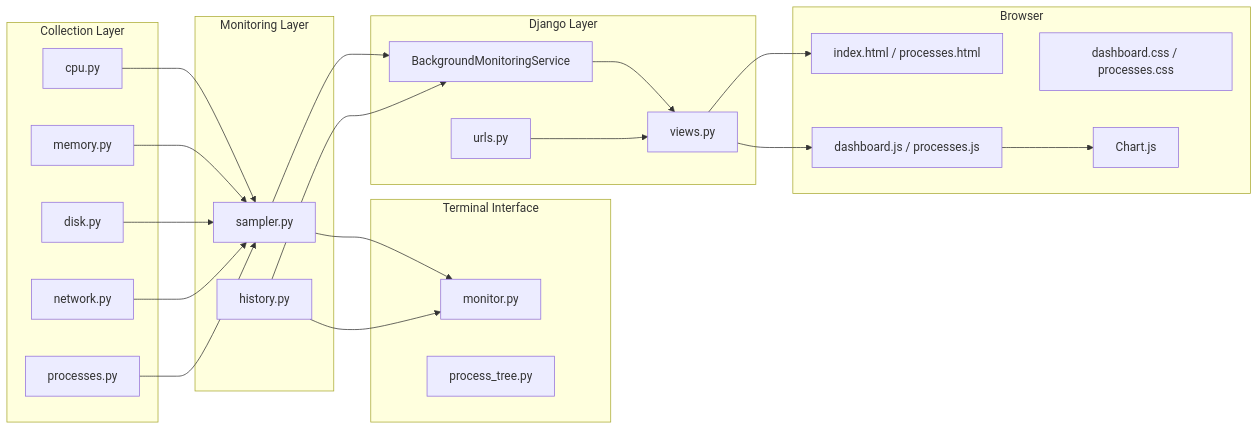
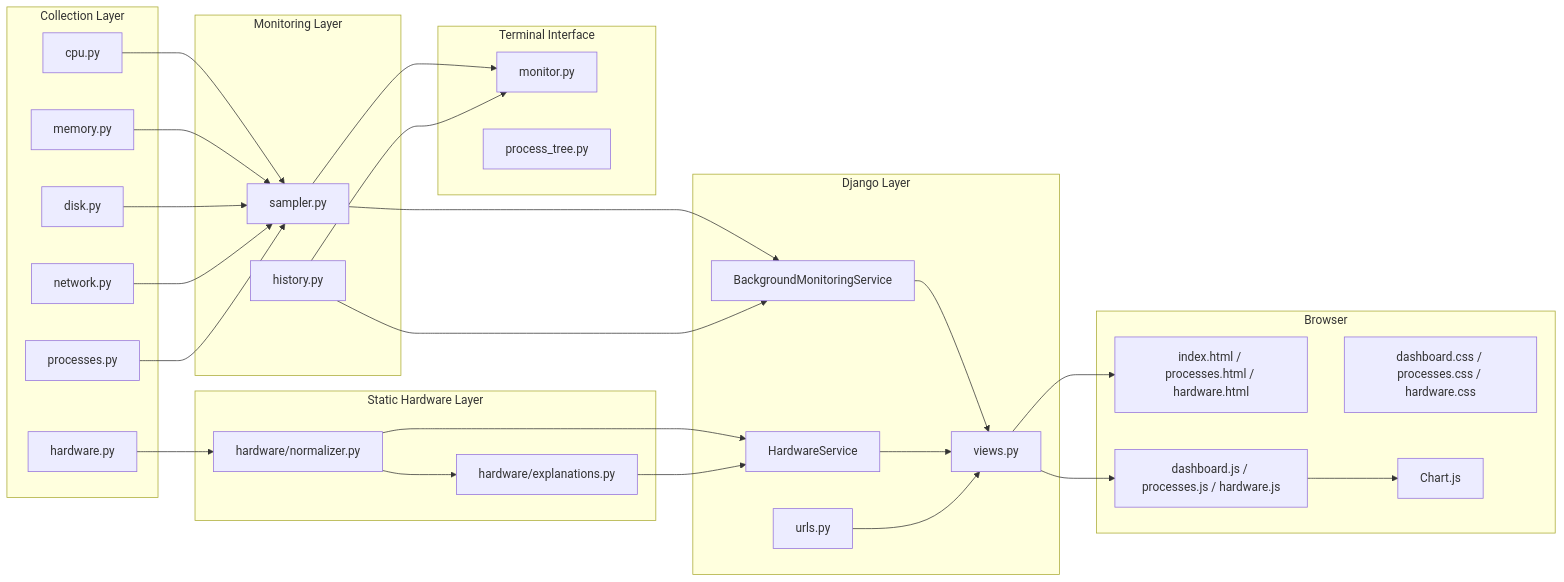
One commit to IronRon/Sys-Monitor changed the second of 32 diagrams in docs/architecture.md. Above: the diagram before and after it, drawn with Mermaid. The commit also changed other lines of this file and 19 other files, not shown here.

````diff
--- a/docs/architecture.md
+++ b/docs/architecture.md
@@ -175,53 +184,66 @@
 ```mermaid
 flowchart LR
     subgraph Collection["Collection Layer"]
         CPU["cpu.py"]
         MEM["memory.py"]
         DISK["disk.py"]
         NET["network.py"]
         PROC["processes.py"]
+        HARDWARE["hardware.py"]
+    end
+
+    subgraph HardwareLayer["Static Hardware Layer"]
+        NORMALIZER["hardware/normalizer.py"]
+        EXPLAIN["hardware/explanations.py"]
     end
 
     subgraph Monitoring["Monitoring Layer"]
         SAMPLER["sampler.py"]
         HISTORY["history.py"]
     end
 
     subgraph CLI["Terminal Interface"]
         MONITOR["monitor.py"]
         TREE["process_tree.py"]
     end
 
     subgraph Web["Django Layer"]
         SERVICE["BackgroundMonitoringService"]
+        HSERVICE["HardwareService"]
         VIEWS["views.py"]
         URLS["urls.py"]
     end
 
     subgraph Frontend["Browser"]
-        HTML["index.html / processes.html"]
-        JS["dashboard.js / processes.js"]
-        CSS["dashboard.css / processes.css"]
+        HTML["index.html / processes.html / hardware.html"]
+        JS["dashboard.js / processes.js / hardware.js"]
+        CSS["dashboard.css / processes.css / hardware.css"]
         CHART["Chart.js"]
     end
 
     CPU --> SAMPLER
     MEM --> SAMPLER
     DISK --> SAMPLER
     NET --> SAMPLER
     PROC --> SAMPLER
 
+    HARDWARE --> NORMALIZER
+    NORMALIZER --> EXPLAIN
+    NORMALIZER --> HSERVICE
+    EXPLAIN --> HSERVICE
+
     SAMPLER --> MONITOR
     HISTORY --> MONITOR
 
     SAMPLER --> SERVICE
     HISTORY --> SERVICE
 
     SERVICE --> VIEWS
+    HSERVICE --> VIEWS
     URLS --> VIEWS
 
     VIEWS --> HTML
     VIEWS --> JS
 
     JS --> CHART
 ```
````
